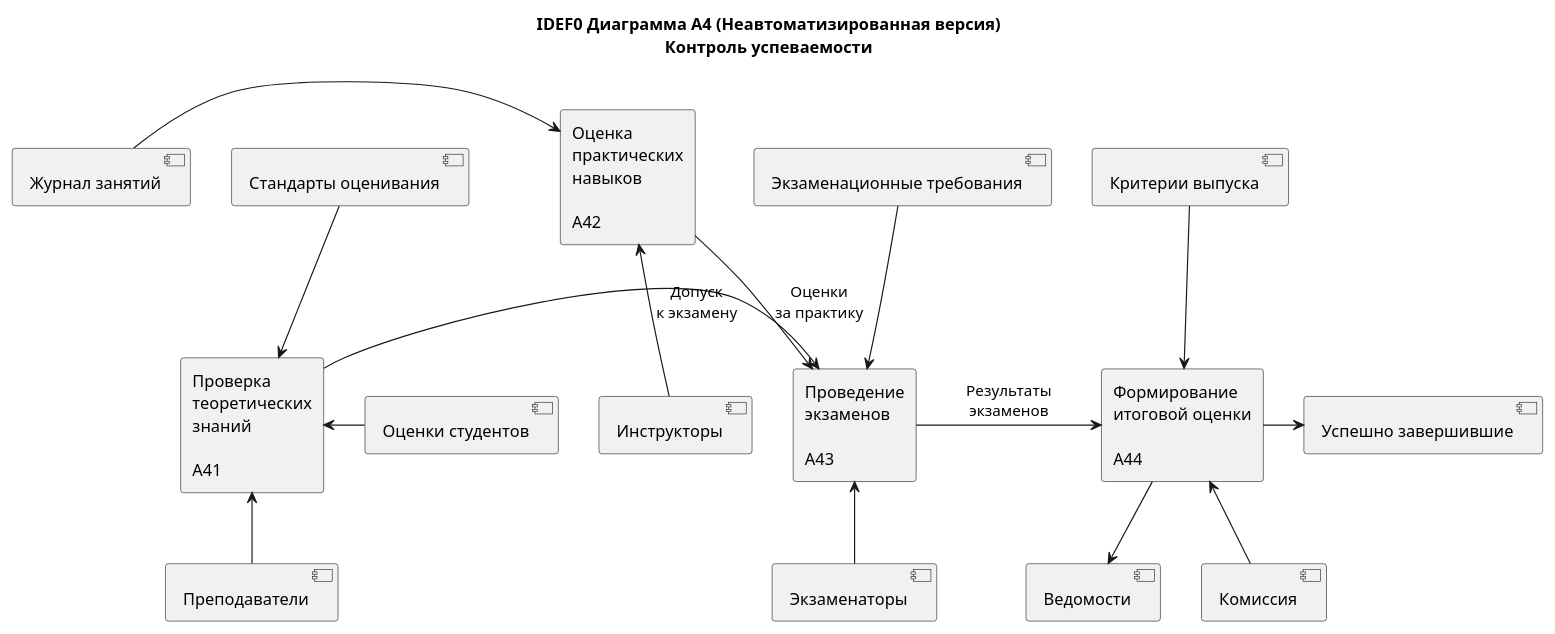
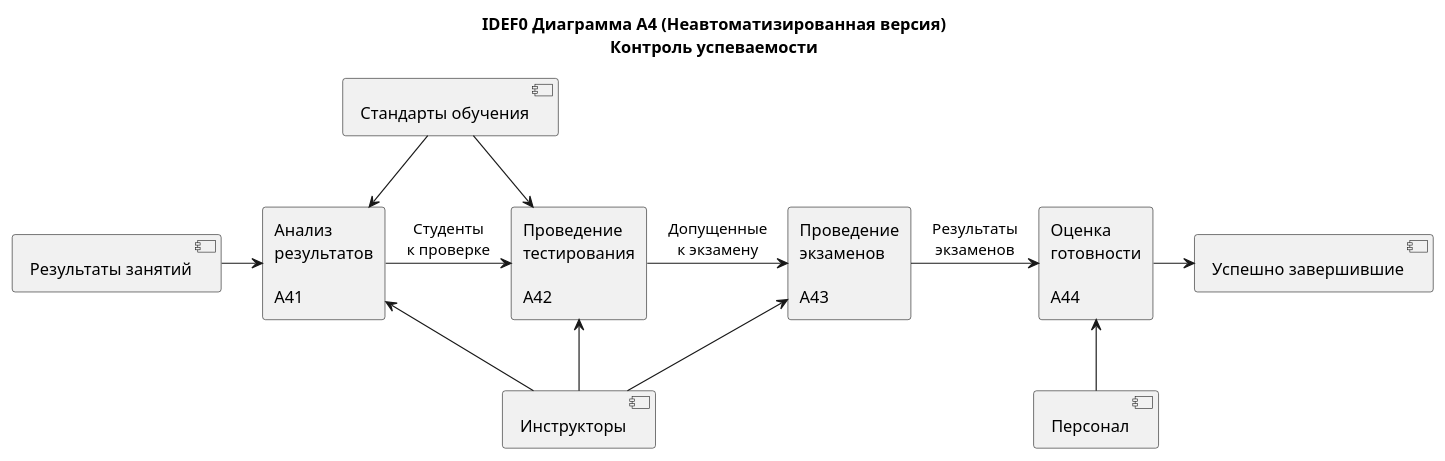
The diagram in diagrams/idef0/non-automated/A4_control.puml (oINCLUDEo/Coursework2), drawn with PlantUML before and after one commit. The commit also changed 9 other files, not shown here.

Commit message:
Fix IDEF0 consistency: all elements in child diagrams now come from parent level

```diff
--- a/diagrams/idef0/non-automated/A4_control.puml
+++ b/diagrams/idef0/non-automated/A4_control.puml
@@ -1,34 +1,31 @@
 @startuml A4 Контроль успеваемости (Неавтоматизированная)
 
 title IDEF0 Диаграмма A4 (Неавтоматизированная версия)\nКонтроль успеваемости
 
-rectangle "Проверка\nтеоретических\nзнаний\n\nA41" as A41
-rectangle "Оценка\nпрактических\nнавыков\n\nA42" as A42
+rectangle "Анализ\nрезультатов\n\nA41" as A41
+rectangle "Проведение\nтестирования\n\nA42" as A42
 rectangle "Проведение\nэкзаменов\n\nA43" as A43
-rectangle "Формирование\nитоговой оценки\n\nA44" as A44
+rectangle "Оценка\nготовности\n\nA44" as A44
 
-' Входы - максимум 3
-[Оценки студентов] -right-> A41
-[Журнал занятий] -right-> A42
+' Входы - внутренний поток от A3
+[Результаты занятий] -right-> A41
 
 ' Потоки между процессами
-A41 -right-> A43 : Допуск\nк экзамену
-A42 -down-> A43 : Оценки\nза практику
+A41 -right-> A42 : Студенты\nк проверке
+A42 -right-> A43 : Допущенные\nк экзамену
 A43 -right-> A44 : Результаты\nэкзаменов
 
-' Управление - максимум 4
-[Стандарты оценивания] -down-> A41
-[Экзаменационные требования] -down-> A43
-[Критерии выпуска] -down-> A44
+' Управление - те же что в A0 для процесса A4
+[Стандарты обучения] -down-> A41
+[Стандарты обучения] -down-> A42
 
-' Выходы - максимум 4
+' Выходы - внутренний поток к A5
 A44 -right-> [Успешно завершившие]
-A44 -down-> [Ведомости]
 
-' Механизмы - максимум 5
-[Преподаватели] -up-> A41
+' Механизмы - те же что в A0 для процесса A4
+[Инструкторы] -up-> A41
 [Инструкторы] -up-> A42
-[Экзаменаторы] -up-> A43
-[Комиссия] -up-> A44
+[Инструкторы] -up-> A43
+[Персонал] -up-> A44
 
 @enduml
```
